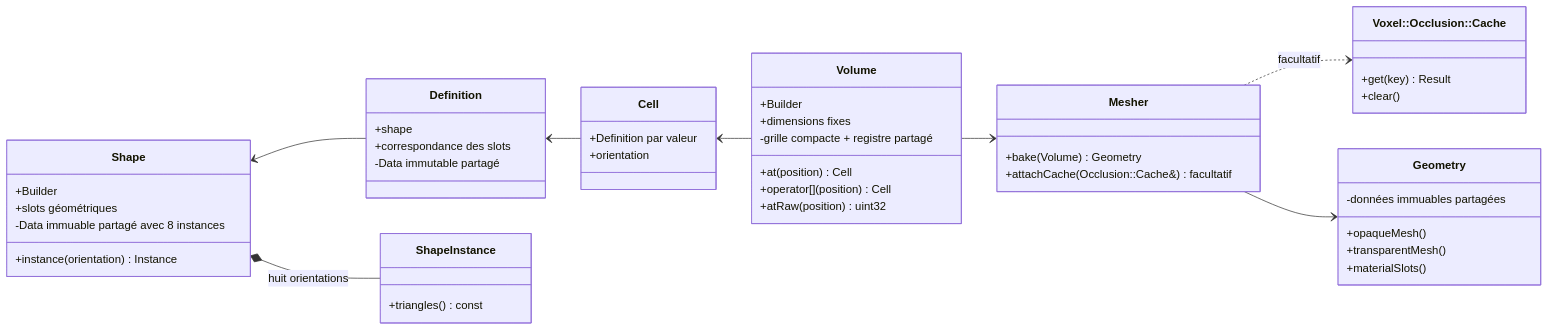
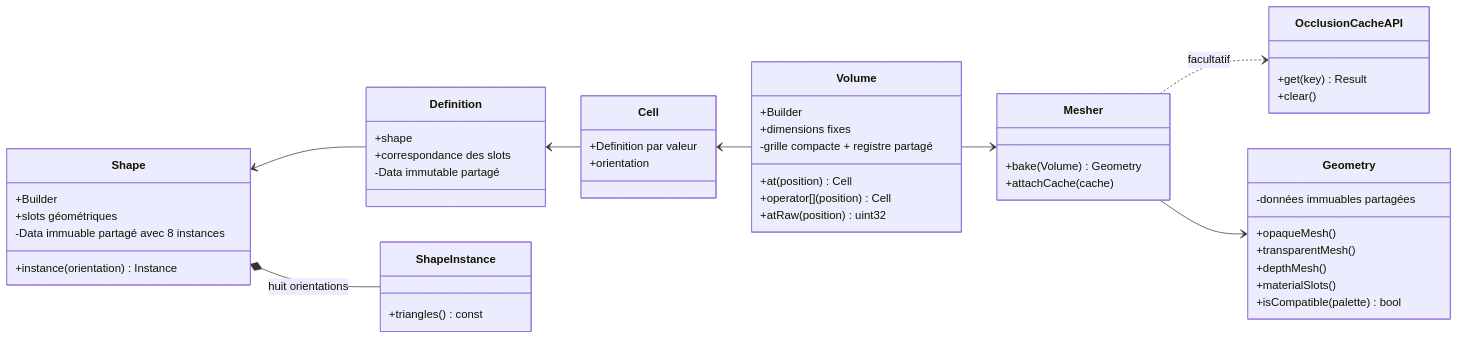
Before and after one commit to EreliaStudio/Sparkle: the diagram in docs/voxel-engine-v0.1.4/02-modele-voxel.md, drawn with Mermaid. The commit also changed other lines of this file and 1 other file, not shown here.

Commit message:
docs: finalize voxel examples and fix duplicate palette guidance

````diff
--- a/docs/voxel-engine-v0.1.4/02-modele-voxel.md
+++ b/docs/voxel-engine-v0.1.4/02-modele-voxel.md
@@ -7,51 +7,53 @@
 ```mermaid
 classDiagram
   direction LR
   class Shape {
     +Builder
     +slots géométriques
     +instance(orientation) Instance
     -Data immuable partagé avec 8 instances
   }
   class Definition {
     +shape
     +correspondance des slots
     -Data immutable partagé
   }
   class Cell {
     +Definition par valeur
     +orientation
   }
   class Volume {
     +Builder
     +dimensions fixes
     +at(position) Cell
     +operator[](position) Cell
     +atRaw(position) uint32
     -grille compacte + registre partagé
   }
   class Geometry {
     +opaqueMesh()
     +transparentMesh()
+    +depthMesh()
     +materialSlots()
+    +isCompatible(palette) bool
     -données immuables partagées
   }
   class ShapeInstance {
     +triangles() const
   }
-  class OcclusionCacheAPI["Voxel::Occlusion::Cache"] {
+  class OcclusionCacheAPI {
     +get(key) Result
     +clear()
   }
   class Mesher {
     +bake(Volume) Geometry
-    +attachCache(Occlusion::Cache&) facultatif
+    +attachCache(cache)
   }
   Shape <-- Definition
   Definition <-- Cell
   Cell <-- Volume
   Shape *-- ShapeInstance : huit orientations
   Mesher ..> OcclusionCacheAPI : facultatif
   Volume --> Mesher
   Mesher --> Geometry
 ```
````
